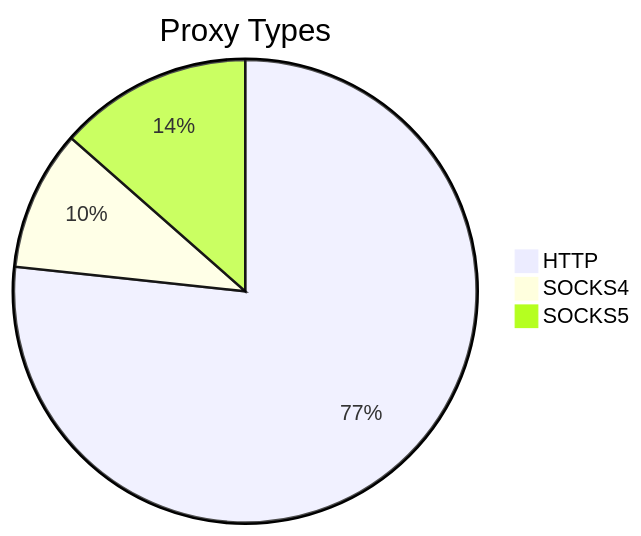
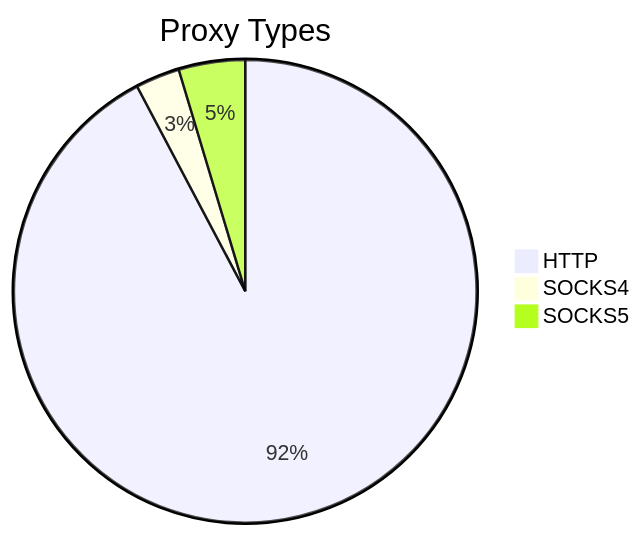
The first of 2 diagrams in README.md (stormsia/proxy-list), drawn with Mermaid before and after one commit. The commit also changed other lines of this file, not shown here.

````diff
--- a/README.md
+++ b/README.md
@@ -21,6 +21,6 @@
 ```mermaid
 pie title Proxy Types
-    "HTTP" : 227
-    "SOCKS4" : 29
-    "SOCKS5" : 40
+    "HTTP" : 179
+    "SOCKS4" : 6
+    "SOCKS5" : 9
 ```
````
